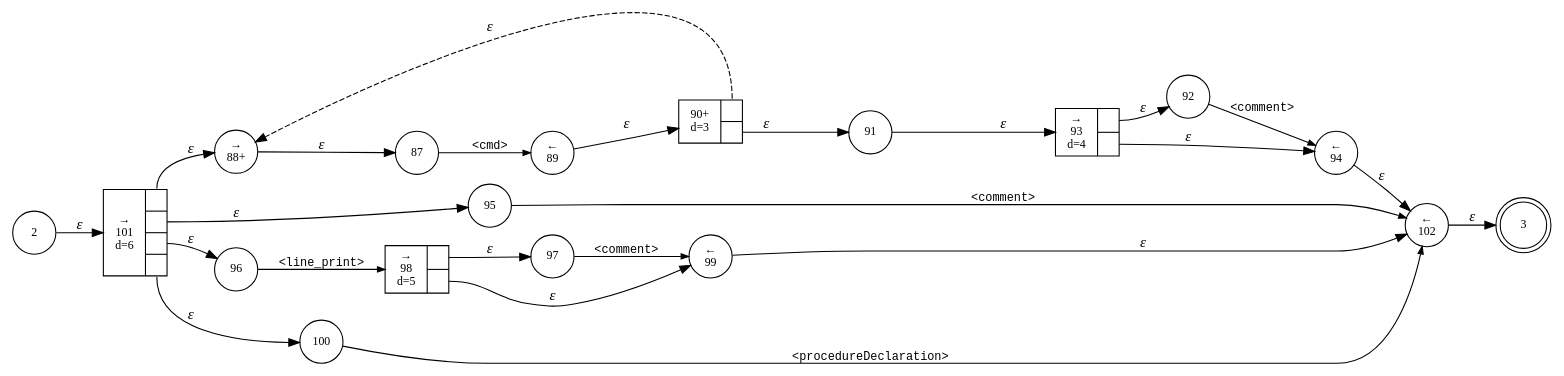
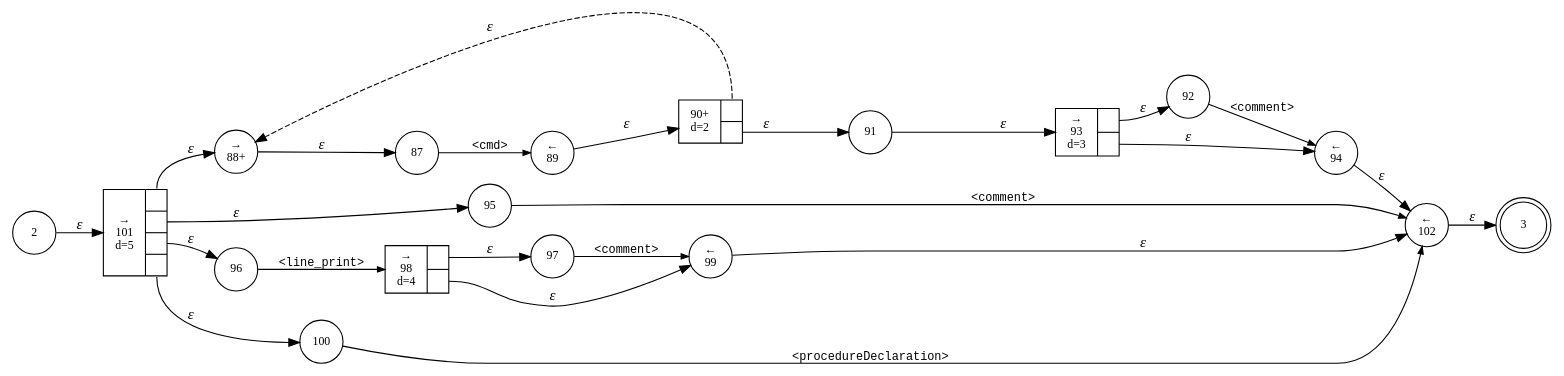
One commit to Shinigami072/Compilers-LogoInterpreter changed the diagram in interpreter/logo/logo.line.dot. Above: the diagram before and after it, drawn with Graphviz. The commit also changed 20 other files, not shown here.

```diff
--- a/interpreter/logo/logo.line.dot
+++ b/interpreter/logo/logo.line.dot
@@ -1,44 +1,44 @@
 digraph ATN {
 rankdir=LR;
 s3[fontsize=11, label="3", shape=doublecircle, fixedsize=true, width=.6];
 s96[fontsize=11,label="96", shape=circle, fixedsize=true, width=.55, peripheries=1];
 s97[fontsize=11,label="97", shape=circle, fixedsize=true, width=.55, peripheries=1];
 s2[fontsize=11,label="2", shape=circle, fixedsize=true, width=.55, peripheries=1];
-s98[fontsize=11,label="{&rarr;\n98\nd=5|{<p0>|<p1>}}", shape=record, fixedsize=false, peripheries=1];
+s98[fontsize=11,label="{&rarr;\n98\nd=4|{<p0>|<p1>}}", shape=record, fixedsize=false, peripheries=1];
 s99[fontsize=11,label="&larr;\n99", shape=circle, fixedsize=true, width=.55, peripheries=1];
 s100[fontsize=11,label="100", shape=circle, fixedsize=true, width=.55, peripheries=1];
-s101[fontsize=11,label="{&rarr;\n101\nd=6|{<p0>|<p1>|<p2>|<p3>}}", shape=record, fixedsize=false, peripheries=1];
+s101[fontsize=11,label="{&rarr;\n101\nd=5|{<p0>|<p1>|<p2>|<p3>}}", shape=record, fixedsize=false, peripheries=1];
 s102[fontsize=11,label="&larr;\n102", shape=circle, fixedsize=true, width=.55, peripheries=1];
 s87[fontsize=11,label="87", shape=circle, fixedsize=true, width=.55, peripheries=1];
 s88[fontsize=11,label="&rarr;\n88+", shape=circle, fixedsize=true, width=.55, peripheries=1];
 s89[fontsize=11,label="&larr;\n89", shape=circle, fixedsize=true, width=.55, peripheries=1];
-s90[fontsize=11,label="{90+\nd=3|{<p0>|<p1>}}", shape=record, fixedsize=false, peripheries=1];
+s90[fontsize=11,label="{90+\nd=2|{<p0>|<p1>}}", shape=record, fixedsize=false, peripheries=1];
 s91[fontsize=11,label="91", shape=circle, fixedsize=true, width=.55, peripheries=1];
 s92[fontsize=11,label="92", shape=circle, fixedsize=true, width=.55, peripheries=1];
-s93[fontsize=11,label="{&rarr;\n93\nd=4|{<p0>|<p1>}}", shape=record, fixedsize=false, peripheries=1];
+s93[fontsize=11,label="{&rarr;\n93\nd=3|{<p0>|<p1>}}", shape=record, fixedsize=false, peripheries=1];
 s94[fontsize=11,label="&larr;\n94", shape=circle, fixedsize=true, width=.55, peripheries=1];
 s95[fontsize=11,label="95", shape=circle, fixedsize=true, width=.55, peripheries=1];
 s2 -> s101 [fontname="Times-Italic", label="&epsilon;"];
 s101:p0 -> s88 [fontname="Times-Italic", label="&epsilon;"];
 s101:p1 -> s95 [fontname="Times-Italic", label="&epsilon;"];
 s101:p2 -> s96 [fontname="Times-Italic", label="&epsilon;"];
 s101:p3 -> s100 [fontname="Times-Italic", label="&epsilon;"];
 s88 -> s87 [fontname="Times-Italic", label="&epsilon;"];
 s95 -> s102 [fontsize=11, fontname="Courier", arrowsize=.7, label = "<comment>", arrowhead = normal];
 s96 -> s98 [fontsize=11, fontname="Courier", arrowsize=.7, label = "<line_print>", arrowhead = normal];
 s100 -> s102 [fontsize=11, fontname="Courier", arrowsize=.7, label = "<procedureDeclaration>", arrowhead = normal];
 s87 -> s89 [fontsize=11, fontname="Courier", arrowsize=.7, label = "<cmd>", arrowhead = normal];
 s102 -> s3 [fontname="Times-Italic", label="&epsilon;"];
 s98:p0 -> s97 [fontname="Times-Italic", label="&epsilon;"];
 s98:p1 -> s99 [fontname="Times-Italic", label="&epsilon;"];
 s89 -> s90 [fontname="Times-Italic", label="&epsilon;"];
 s97 -> s99 [fontsize=11, fontname="Courier", arrowsize=.7, label = "<comment>", arrowhead = normal];
 s99 -> s102 [fontname="Times-Italic", label="&epsilon;"];
 s90:p0 -> s88 [fontname="Times-Italic", label="&epsilon;", style="dashed"];
 s90:p1 -> s91 [fontname="Times-Italic", label="&epsilon;"];
 s91 -> s93 [fontname="Times-Italic", label="&epsilon;"];
 s93:p0 -> s92 [fontname="Times-Italic", label="&epsilon;"];
 s93:p1 -> s94 [fontname="Times-Italic", label="&epsilon;"];
 s92 -> s94 [fontsize=11, fontname="Courier", arrowsize=.7, label = "<comment>", arrowhead = normal];
 s94 -> s102 [fontname="Times-Italic", label="&epsilon;"];
 }
```
